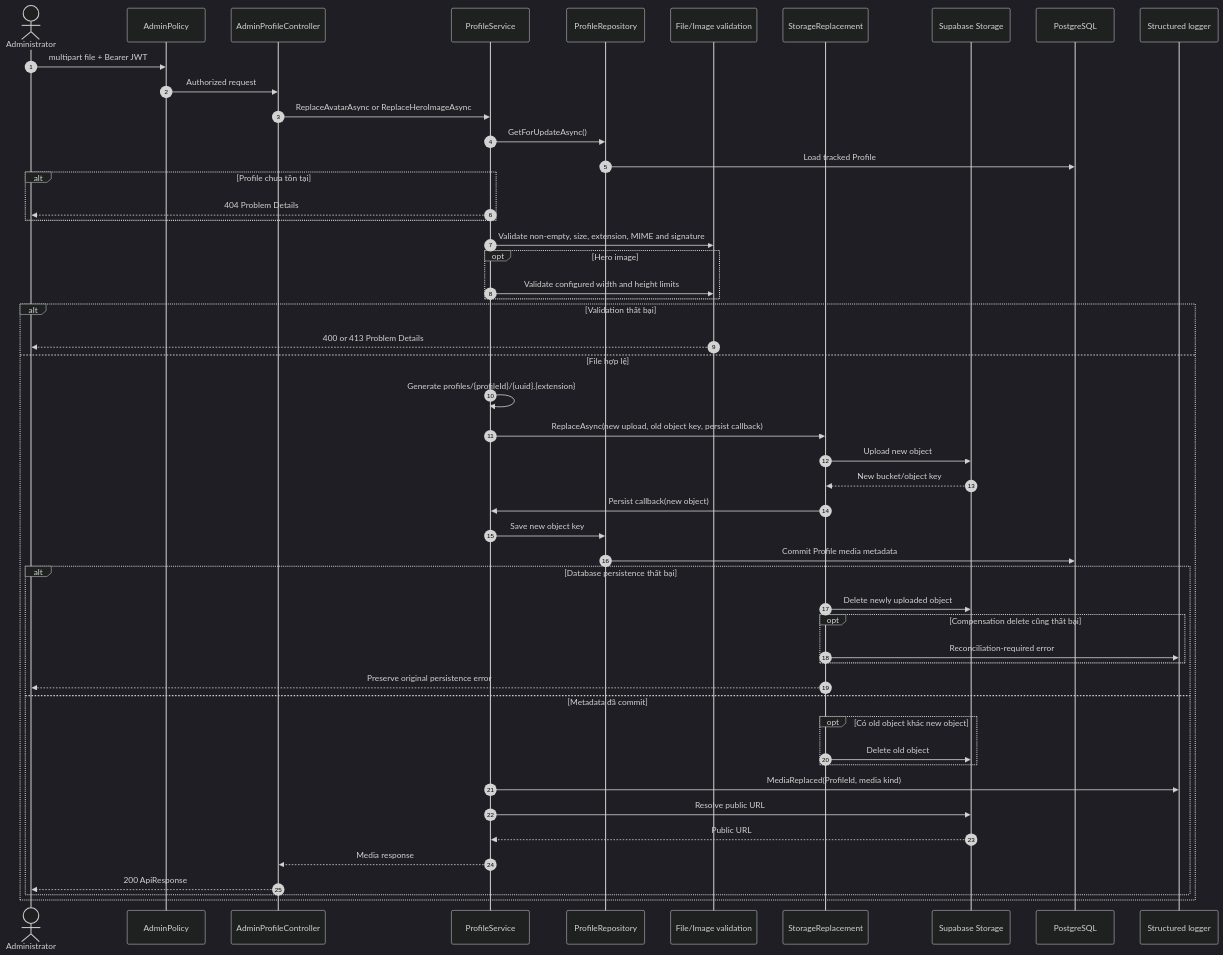
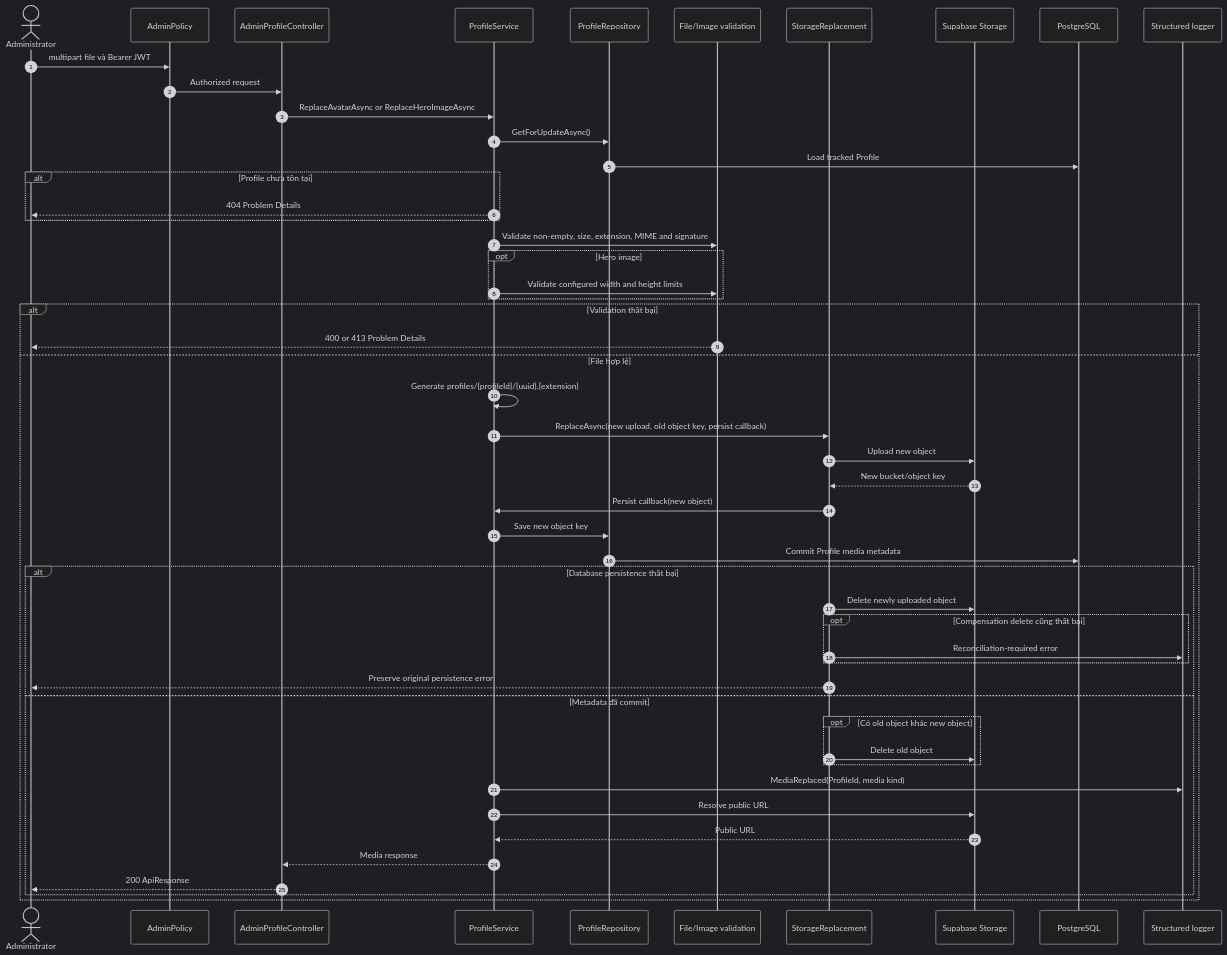
Before and after one commit to hoangnam-dev/CG03_AboutMe_API: diagram 13 of 19 in docs/architecture/CURRENT_PROCESS_FLOWS.md, drawn with Mermaid (dark theme). The commit also changed other lines of this file and 16 other files, not shown here.

````diff
--- a/docs/architecture/CURRENT_PROCESS_FLOWS.md
+++ b/docs/architecture/CURRENT_PROCESS_FLOWS.md
@@ -418,56 +525,56 @@
 ```mermaid
 sequenceDiagram
     autonumber
     actor Admin as Administrator
     participant Policy as AdminPolicy
     participant Controller as AdminProfileController
     participant Service as ProfileService
     participant Repo as ProfileRepository
     participant Validator as File/Image validation
     participant Replace as StorageReplacement
     participant Storage as Supabase Storage
     participant DB as PostgreSQL
     participant Log as Structured logger
 
-    Admin->>Policy: multipart file + Bearer JWT
+    Admin->>Policy: multipart file và Bearer JWT
     Policy->>Controller: Authorized request
     Controller->>Service: ReplaceAvatarAsync or ReplaceHeroImageAsync
     Service->>Repo: GetForUpdateAsync()
     Repo->>DB: Load tracked Profile
     alt Profile chưa tồn tại
         Service-->>Admin: 404 Problem Details
     end
 
     Service->>Validator: Validate non-empty, size, extension, MIME and signature
     opt Hero image
         Service->>Validator: Validate configured width and height limits
     end
     alt Validation thất bại
         Validator-->>Admin: 400 or 413 Problem Details
     else File hợp lệ
         Service->>Service: Generate profiles/{profileId}/{uuid}.{extension}
         Service->>Replace: ReplaceAsync(new upload, old object key, persist callback)
         Replace->>Storage: Upload new object
         Storage-->>Replace: New bucket/object key
         Replace->>Service: Persist callback(new object)
         Service->>Repo: Save new object key
         Repo->>DB: Commit Profile media metadata
 
         alt Database persistence thất bại
             Replace->>Storage: Delete newly uploaded object
             opt Compensation delete cũng thất bại
                 Replace->>Log: Reconciliation-required error
             end
             Replace-->>Admin: Preserve original persistence error
         else Metadata đã commit
             opt Có old object khác new object
                 Replace->>Storage: Delete old object
             end
             Service->>Log: MediaReplaced(ProfileId, media kind)
             Service->>Storage: Resolve public URL
             Storage-->>Service: Public URL
             Service-->>Controller: Media response
             Controller-->>Admin: 200 ApiResponse
         end
     end
 ```
````
